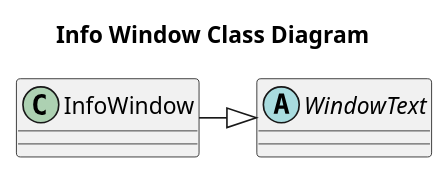
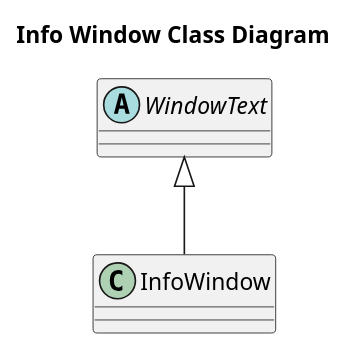
Before and after one commit to dgitz/eros: the diagram in doc/SystemMonitor/Windows/InfoWindow/InfoWindowClassDiagram.puml, drawn with PlantUML. The commit also changed 44 other files, not shown here.

```diff
--- a/doc/SystemMonitor/Windows/InfoWindow/InfoWindowClassDiagram.puml
+++ b/doc/SystemMonitor/Windows/InfoWindow/InfoWindowClassDiagram.puml
@@ -1,10 +1,10 @@
 @startuml
 title "Info Window Class Diagram"
 abstract WindowText {
     
 }
 class InfoWindow {
 
 }
-InfoWindow -|> WindowText
+WindowText <|-- InfoWindow
 @enduml
```
